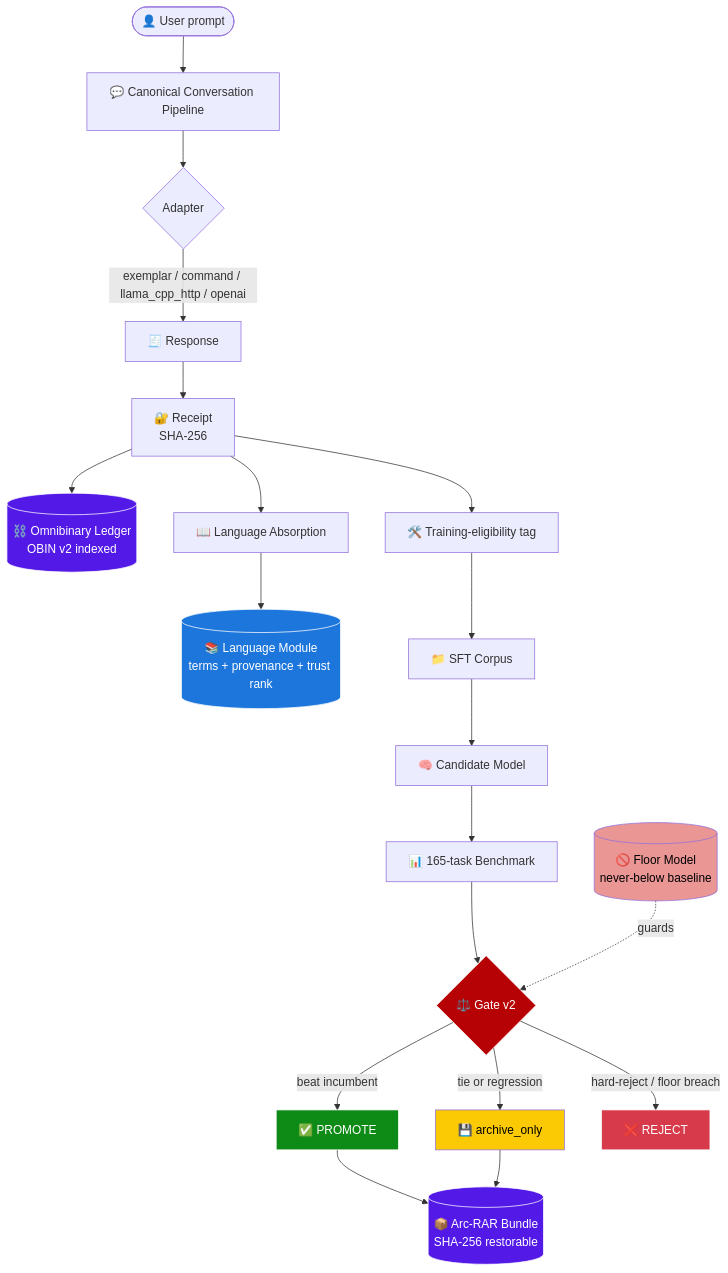
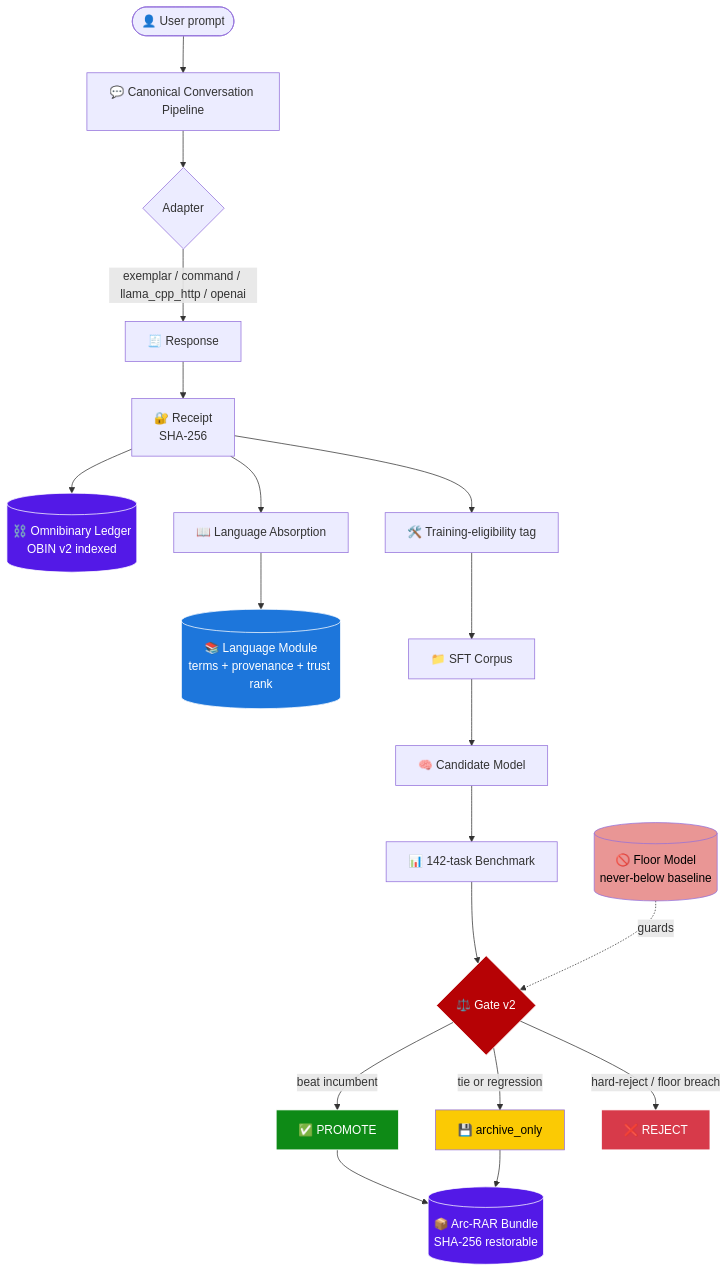
One commit to GareBear99/ARC-Neuron-LLMBuilder changed the third of 4 diagrams in README.md. Above: the diagram before and after it, drawn with Mermaid. The commit also changed other lines of this file and 22 other files, not shown here.

````diff
--- a/README.md
+++ b/README.md
@@ -337,30 +341,30 @@
 ```mermaid
 flowchart TD
     U([👤 User prompt]) --> P[💬 Canonical Conversation Pipeline]
     P --> A{Adapter}
     A -->|exemplar / command / llama_cpp_http / openai| R[🧾 Response]
     R --> Rec[🔐 Receipt<br/>SHA-256]
     Rec --> OB[(⛓️ Omnibinary Ledger<br/>OBIN v2 indexed)]
     Rec --> LA[📖 Language Absorption]
     LA --> LM[(📚 Language Module<br/>terms + provenance + trust rank)]
     Rec --> Train[🛠️ Training-eligibility tag]
     Train --> Corpus[📁 SFT Corpus]
     Corpus --> Cand[🧠 Candidate Model]
-    Cand --> Bench[📊 165-task Benchmark]
+    Cand --> Bench[📊 142-task Benchmark]
     Bench --> Gate{⚖️ Gate v2}
     Gate -->|beat incumbent| Promote[✅ PROMOTE]
     Gate -->|tie or regression| Archive[💾 archive_only]
     Gate -->|hard-reject / floor breach| Reject[❌ REJECT]
     Promote --> Bundle[(📦 Arc-RAR Bundle<br/>SHA-256 restorable)]
     Archive --> Bundle
     Floor[(🚫 Floor Model<br/>never-below baseline)] -.guards.-> Gate
 
     style Gate fill:#b60205,stroke:#fff,color:#fff
     style Promote fill:#0e8a16,stroke:#fff,color:#fff
     style Reject fill:#d73a4a,stroke:#fff,color:#fff
     style Archive fill:#fbca04,color:#000
     style OB fill:#5319e7,stroke:#fff,color:#fff
     style LM fill:#1d76db,stroke:#fff,color:#fff
     style Bundle fill:#5319e7,stroke:#fff,color:#fff
     style Floor fill:#e99695,color:#000
 ```
````
